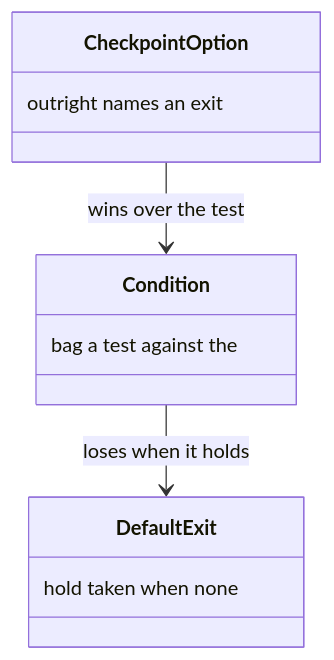
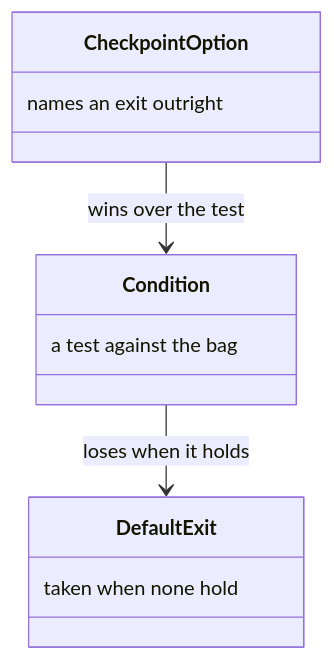
One commit to m2ux/workflow-server changed diagram 20 of 36 in docs/state.md. Above: the diagram before and after it, drawn with Mermaid. The commit also changed other lines of this file and 10 other files, not shown here.

Commit message:
Write each class-box note in reading order so the diagram shows the phrase as written.

````diff
--- a/docs/state.md
+++ b/docs/state.md
@@ -358,14 +358,14 @@
 ```mermaid
 classDiagram
   class Condition {
-    bag a test against the
+    a test against the bag
   }
   class DefaultExit {
-    hold taken when none
+    taken when none hold
   }
   class CheckpointOption {
-    outright names an exit
+    names an exit outright
   }
   Condition --> DefaultExit : loses when it holds
   CheckpointOption --> Condition : wins over the test
 ```
````
